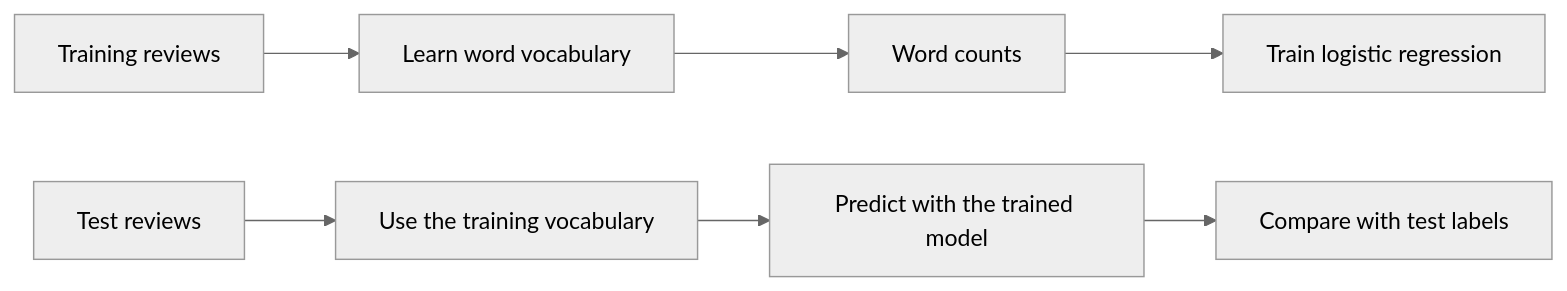
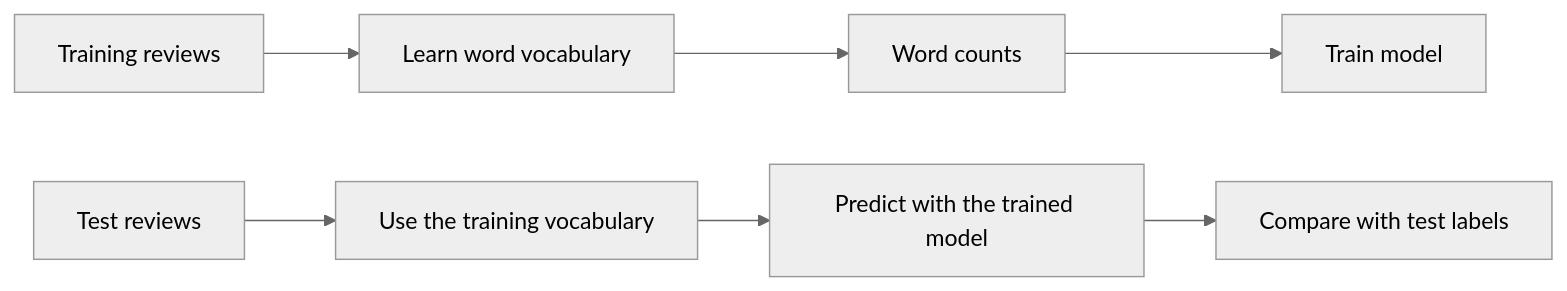
One commit to y-sunflower/classroom changed the diagram in src/data_analytics_and_AI/text_mining/sentiment_analysis.md. Above: the diagram before and after it, drawn with Mermaid (neutral theme). The commit also changed other lines of this file and 4 other files, not shown here.

````diff
--- a/src/data_analytics_and_AI/text_mining/sentiment_analysis.md
+++ b/src/data_analytics_and_AI/text_mining/sentiment_analysis.md
@@ -187,9 +190,9 @@
 ```mermaid
 flowchart LR
     A[Training reviews] --> B[Learn word vocabulary]
     B --> C[Word counts]
-    C --> D[Train logistic regression]
+    C --> D[Train model]
     E[Test reviews] --> F[Use the training vocabulary]
     F --> G[Predict with the trained model]
     G --> H[Compare with test labels]
 ```
````
